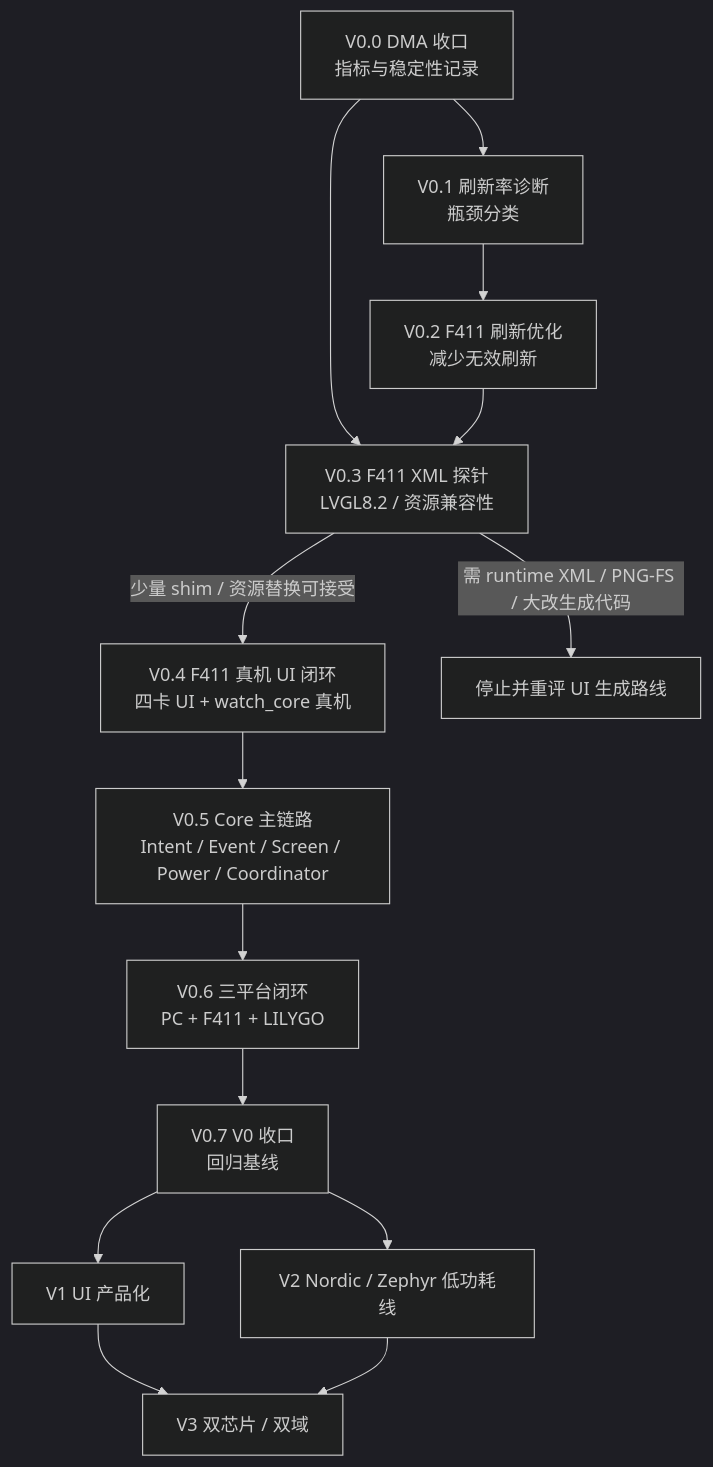
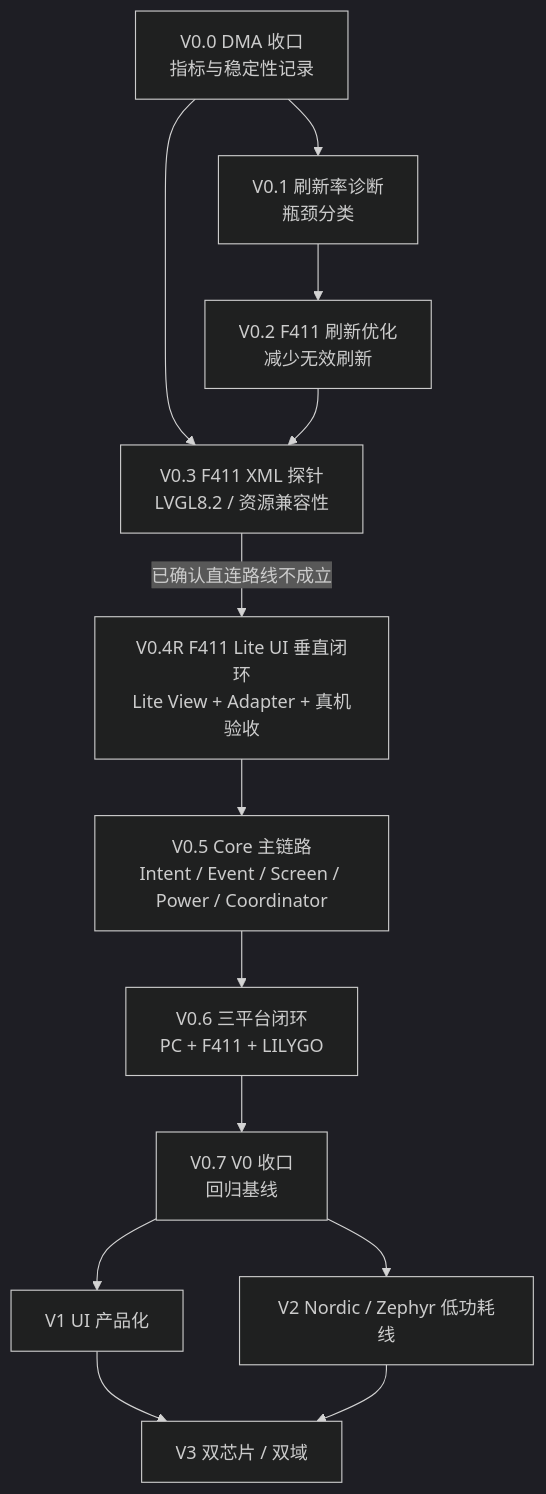
The diagram in docs/00_current/magicwatch_long_term_roadmap.md (e-n-ye/magic_watch), drawn with Mermaid (dark theme) before and after one commit. The commit also changed other lines of this file and 7 other files, not shown here.

````diff
--- a/docs/00_current/magicwatch_long_term_roadmap.md
+++ b/docs/00_current/magicwatch_long_term_roadmap.md
@@ -40,16 +40,15 @@
 ```mermaid
 flowchart TD
     A["V0.0 DMA 收口<br/>指标与稳定性记录"] --> B["V0.1 刷新率诊断<br/>瓶颈分类"]
     B --> C["V0.2 F411 刷新优化<br/>减少无效刷新"]
     A --> D["V0.3 F411 XML 探针<br/>LVGL8.2 / 资源兼容性"]
     C --> D
-    D -->|少量 shim / 资源替换可接受| E["V0.4 F411 真机 UI 闭环<br/>四卡 UI + watch_core 真机"]
-    D -->|需 runtime XML / PNG-FS / 大改生成代码| X["停止并重评 UI 生成路线"]
+    D -->|已确认直连路线不成立| E["V0.4R F411 Lite UI 垂直闭环<br/>Lite View + Adapter + 真机验收"]
     E --> F["V0.5 Core 主链路<br/>Intent / Event / Screen / Power / Coordinator"]
     F --> G["V0.6 三平台闭环<br/>PC + F411 + LILYGO"]
     G --> H["V0.7 V0 收口<br/>回归基线"]
     H --> I["V1 UI 产品化"]
     H --> J["V2 Nordic / Zephyr 低功耗线"]
     I --> K["V3 双芯片 / 双域"]
     J --> K
 ```
````
